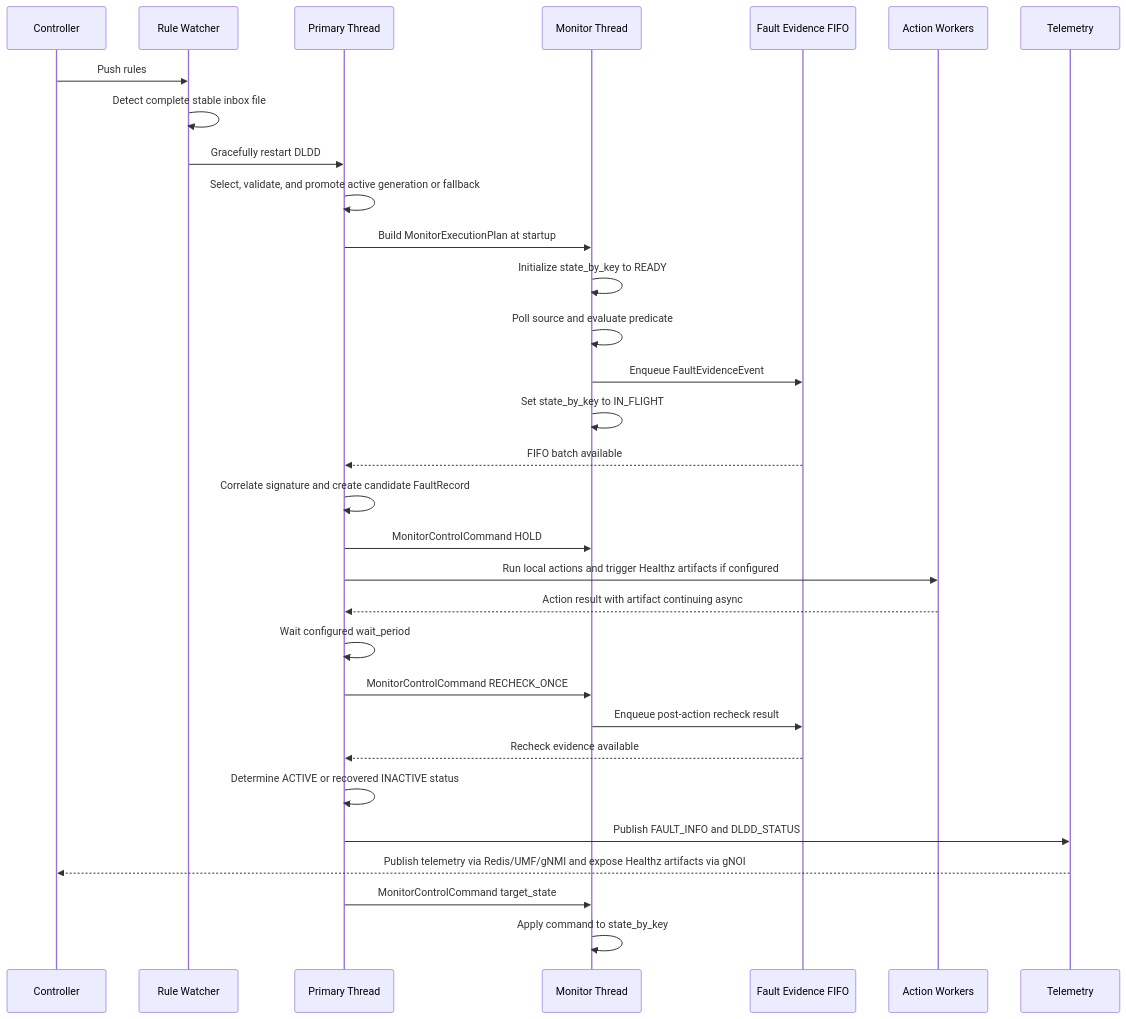
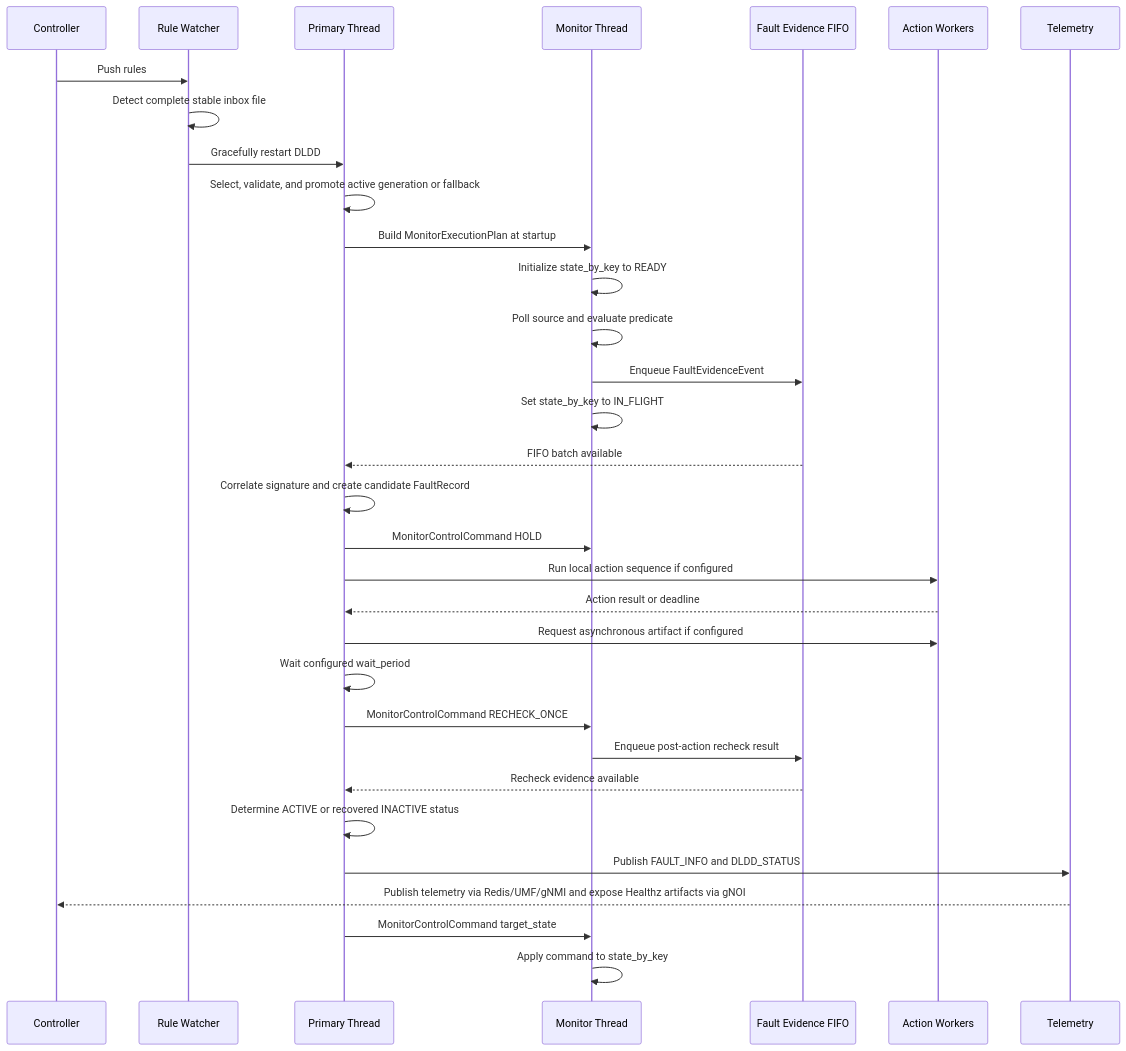
One commit to sonic-net/SONiC changed the second of 2 diagrams in doc/device_local_diagnosis/device-local-diagnosis-daemon.md. Above: the diagram before and after it, drawn with Mermaid. The commit also changed other lines of this file and 1 other file, not shown here.

````diff
--- a/doc/device_local_diagnosis/device-local-diagnosis-daemon.md
+++ b/doc/device_local_diagnosis/device-local-diagnosis-daemon.md
@@ -182,34 +180,35 @@
 ```mermaid
 sequenceDiagram
   participant C as Controller
   participant W as Rule Watcher
   participant P as Primary Thread
   participant M as Monitor Thread
   participant Q as Fault Evidence FIFO
   participant A as Action Workers
   participant T as Telemetry
 
   C->>W: Push rules
   W->>W: Detect complete stable inbox file
   W->>P: Gracefully restart DLDD
   P->>P: Select, validate, and promote active generation or fallback
   P->>M: Build MonitorExecutionPlan at startup
   M->>M: Initialize state_by_key to READY
   M->>M: Poll source and evaluate predicate
   M->>Q: Enqueue FaultEvidenceEvent
   M->>M: Set state_by_key to IN_FLIGHT
   Q-->>P: FIFO batch available
   P->>P: Correlate signature and create candidate FaultRecord
   P->>M: MonitorControlCommand HOLD
-  P->>A: Run local actions and trigger Healthz artifacts if configured
-  A-->>P: Action result with artifact continuing async
+  P->>A: Run local action sequence if configured
+  A-->>P: Action result or deadline
+  P->>A: Request asynchronous artifact if configured
   P->>P: Wait configured wait_period
   P->>M: MonitorControlCommand RECHECK_ONCE
   M->>Q: Enqueue post-action recheck result
   Q-->>P: Recheck evidence available
   P->>P: Determine ACTIVE or recovered INACTIVE status
   P->>T: Publish FAULT_INFO and DLDD_STATUS
   T-->>C: Publish telemetry via Redis/UMF/gNMI and expose Healthz artifacts via gNOI
   P->>M: MonitorControlCommand target_state
   M->>M: Apply command to state_by_key
 ```
````
